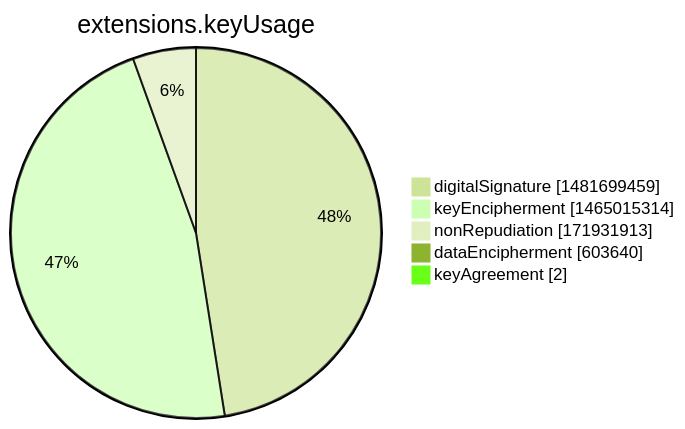
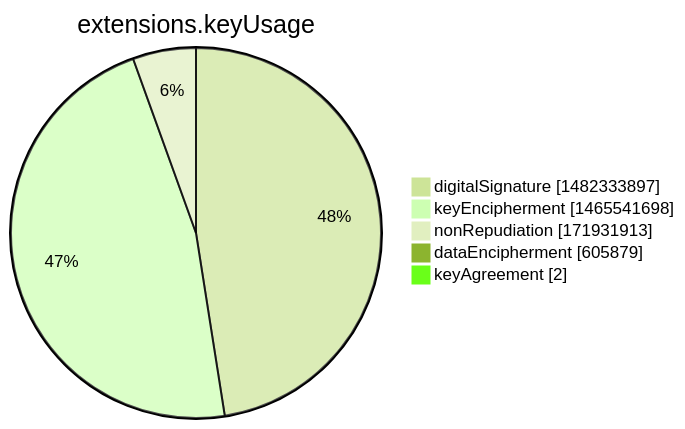
The seventh of 15 diagrams in argon2022/README.md (christiankrug/ctmonitor_visualization), drawn with Mermaid (forest theme) before and after one commit. The commit also changed other lines of this file, not shown here.

````diff
--- a/argon2022/README.md
+++ b/argon2022/README.md
@@ -2751,9 +2751,9 @@
 ```mermaid
 pie showData
 title extensions.keyUsage
-"digitalSignature" :1481699459
-"keyEncipherment" :1465015314
+"digitalSignature" :1482333897
+"keyEncipherment" :1465541698
 "nonRepudiation" :171931913
-"dataEncipherment" :603640
+"dataEncipherment" :605879
 "keyAgreement" :2
 ```
````
